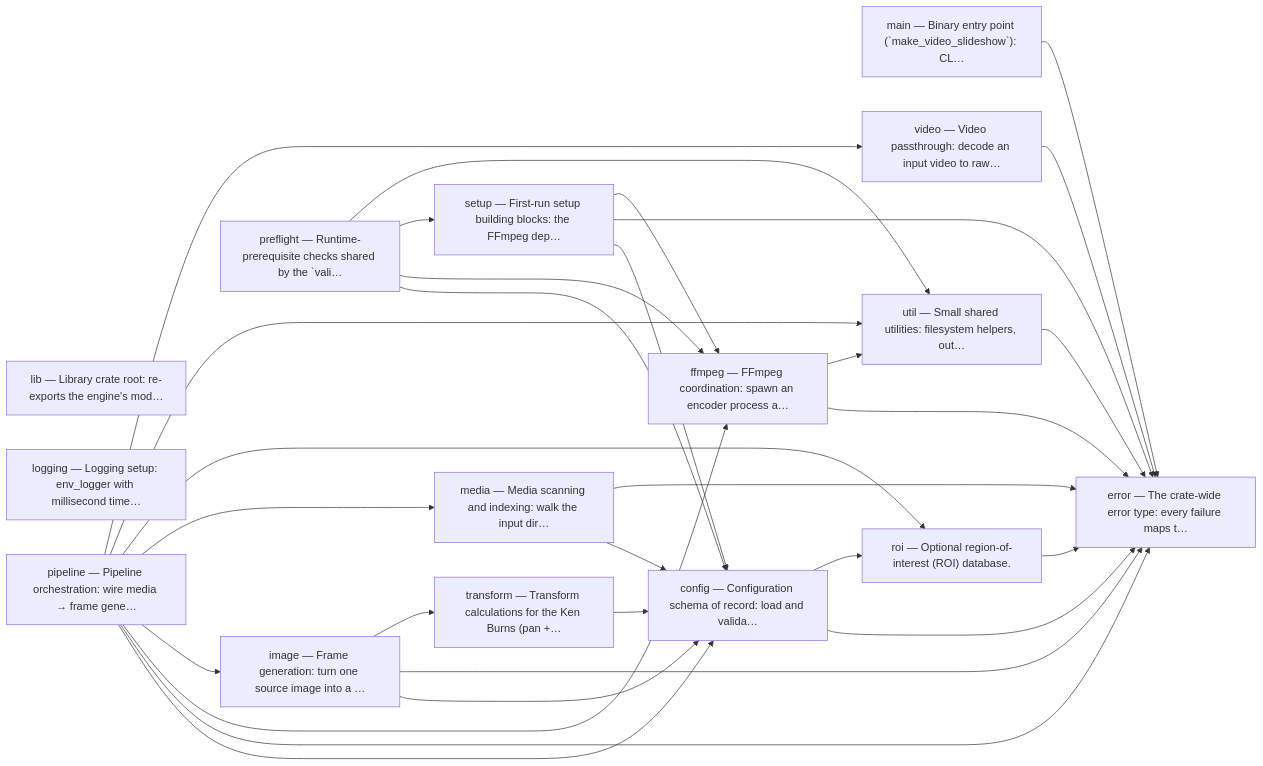
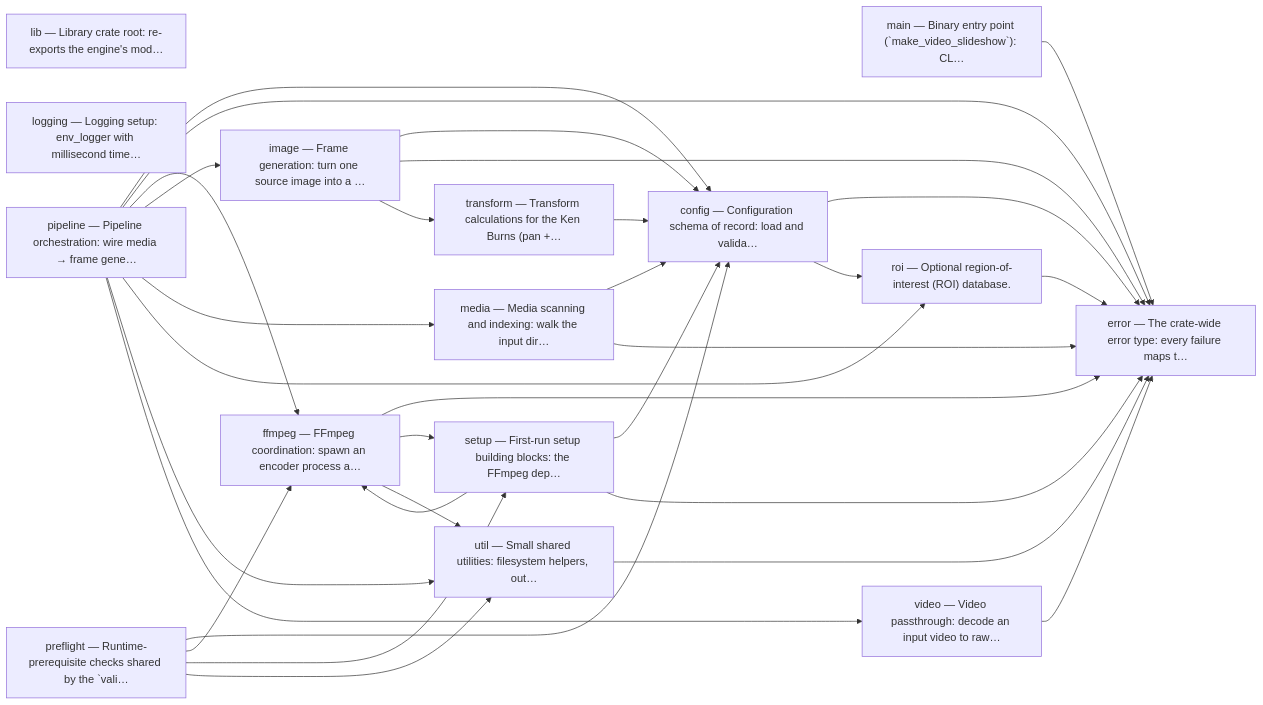
One commit to AuroLeap/Pictures2VideoSlideShow changed the sixth of 6 diagrams in docs/architecture.md. Above: the diagram before and after it, drawn with Mermaid. The commit also changed other lines of this file and 15 other files, not shown here.

````diff
--- a/docs/architecture.md
+++ b/docs/architecture.md
@@ -162,47 +162,48 @@
 ```mermaid
 graph LR
     m_config["config — Configuration schema of record: load and valida…"]
     m_error["error — The crate-wide error type: every failure maps t…"]
     m_ffmpeg["ffmpeg — FFmpeg coordination: spawn an encoder process a…"]
     m_image["image — Frame generation: turn one source image into a …"]
     m_lib["lib — Library crate root: re-exports the engine's mod…"]
     m_logging["logging — Logging setup: env_logger with millisecond time…"]
     m_main["main — Binary entry point (`make_video_slideshow`): CL…"]
     m_media["media — Media scanning and indexing: walk the input dir…"]
     m_pipeline["pipeline — Pipeline orchestration: wire media → frame gene…"]
     m_preflight["preflight — Runtime-prerequisite checks shared by the `vali…"]
     m_roi["roi — Optional region-of-interest (ROI) database."]
     m_setup["setup — First-run setup building blocks: the FFmpeg dep…"]
     m_transform["transform — Transform calculations for the Ken Burns (pan +…"]
     m_util["util — Small shared utilities: filesystem helpers, out…"]
     m_video["video — Video passthrough: decode an input video to raw…"]
     m_config --> m_error
     m_config --> m_roi
     m_ffmpeg --> m_error
+    m_ffmpeg --> m_setup
     m_ffmpeg --> m_util
     m_image --> m_config
     m_image --> m_error
     m_image --> m_transform
     m_main --> m_error
     m_media --> m_config
     m_media --> m_error
     m_pipeline --> m_config
     m_pipeline --> m_error
     m_pipeline --> m_ffmpeg
     m_pipeline --> m_image
     m_pipeline --> m_media
     m_pipeline --> m_roi
     m_pipeline --> m_util
     m_pipeline --> m_video
     m_preflight --> m_config
     m_preflight --> m_ffmpeg
     m_preflight --> m_setup
     m_preflight --> m_util
     m_roi --> m_error
     m_setup --> m_config
     m_setup --> m_error
     m_setup --> m_ffmpeg
     m_transform --> m_config
     m_util --> m_error
     m_video --> m_error
 ```
````
